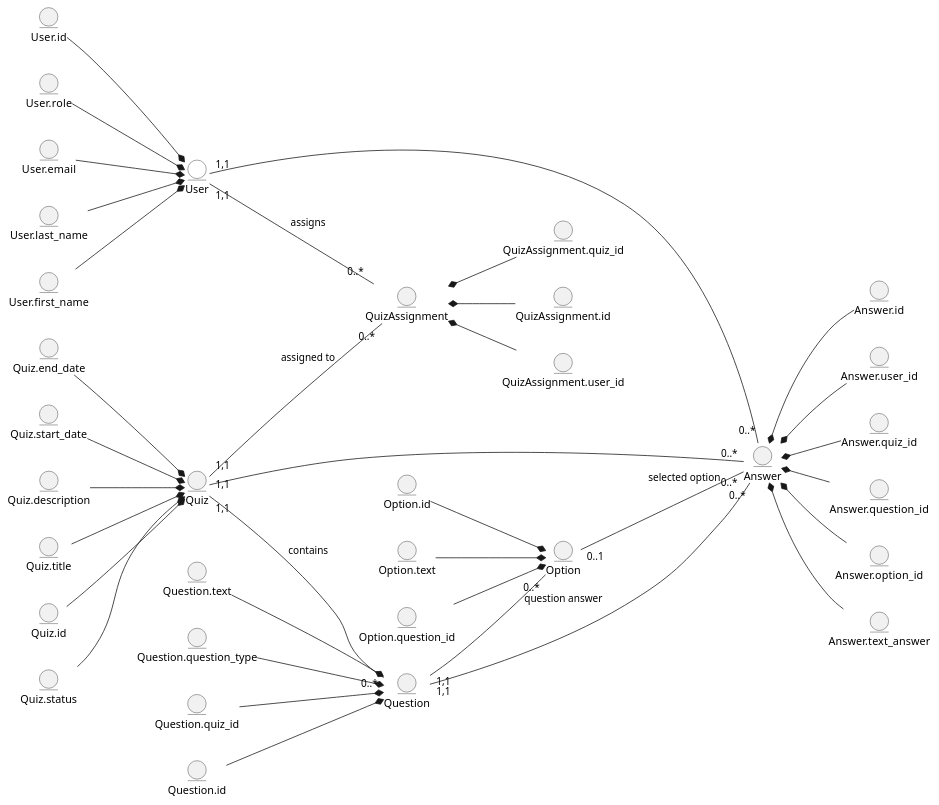
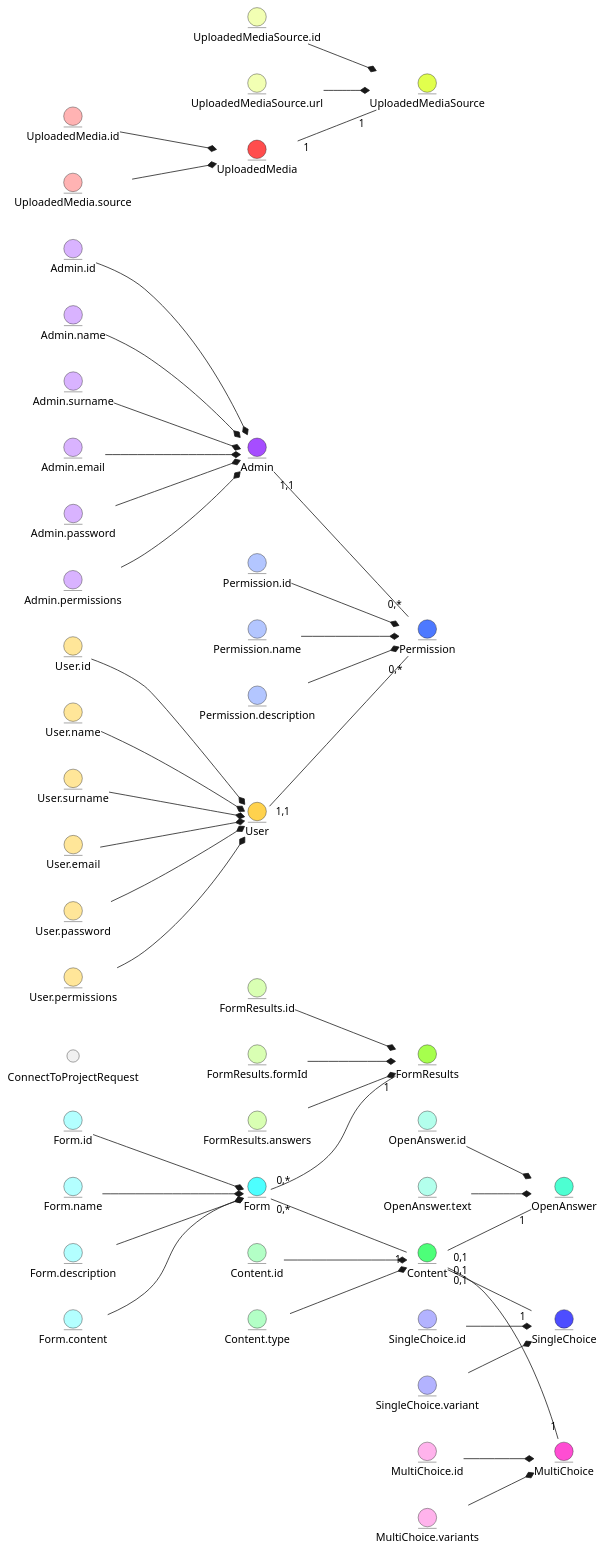
The first of 2 diagrams in docs/design/README.md (elidorbeth/edu_db_labs), drawn with PlantUML before and after one commit.

```diff
--- a/docs/design/README.md
+++ b/docs/design/README.md
@@ -5,90 +5,116 @@
 @startuml
+left to right direction
 
-' --- Сутності ---
-entity User #ffffff
-entity User.id
-entity User.first_name
-entity User.last_name
-entity User.email
-entity User.role
+entity User #ffd24d
+entity User.id #ffe699
+entity User.name #ffe699
+entity User.surname #ffe699
+entity User.email #ffe699
+entity User.password #ffe699
+entity User.permissions #ffe699
 
-entity Quiz
-entity Quiz.id
-entity Quiz.title
-entity Quiz.description
-entity Quiz.start_date
-entity Quiz.end_date
-entity Quiz.status
+User.id -d-* User
+User.name -d-* User
+User.surname -d-* User
+User.email -d-* User
+User.password -d-* User
+User.permissions --* User
 
-entity QuizAssignment
-entity QuizAssignment.id
-entity QuizAssignment.user_id
-entity QuizAssignment.quiz_id
+entity Admin #a64dff
+entity Admin.id #d9b3ff
+entity Admin.name #d9b3ff
+entity Admin.surname #d9b3ff
+entity Admin.email #d9b3ff
+entity Admin.password #d9b3ff
+entity Admin.permissions #d9b3ff
 
-entity Question
-entity Question.id
-entity Question.quiz_id
-entity Question.text
-entity Question.question_type
+Admin.id -d-* Admin
+Admin.name -d-* Admin
+Admin.surname -d-* Admin
+Admin.email -d-* Admin
+Admin.password -d-* Admin
+Admin.permissions --* Admin
 
-entity Option
-entity Option.id
-entity Option.question_id
-entity Option.text
+entity Permission #4d79ff
+entity Permission.id #b3c6ff
+entity Permission.name #b3c6ff
+entity Permission.description #b3c6ff
 
-entity Answer
-entity Answer.id
-entity Answer.user_id
-entity Answer.quiz_id
-entity Answer.question_id
-entity Answer.option_id
-entity Answer.text_answer
+Permission.id --* Permission
+Permission.name --* Permission
+Permission.description --* Permission
+entity Form #4dffff
+entity Form.id #b3ffff
+entity Form.name #b3ffff
+entity Form.description #b3ffff
+entity Form.content #b3ffff
 
-' --- Композиція атрибутів до сутностей ---
-left to right direction
-User *-u- User.id
-User *-u- User.first_name
-User *-u- User.last_name
-User *-u- User.email
-User *-u- User.role
+Form.id -d-* Form
+Form.name -d-* Form
+Form.description -d-* Form
+Form.content --* Form
 
-Quiz *-u- Quiz.id
-Quiz *-u- Quiz.title
-Quiz *-u- Quiz.description
-Quiz *-u- Quiz.start_date
-Quiz *-u- Quiz.end_date
-Quiz *-u- Quiz.status
+entity FormResults #a6ff4d
+entity FormResults.id #d9ffb3
+entity FormResults.formId #d9ffb3
+entity FormResults.answers #d9ffb3
 
-QuizAssignment *-- QuizAssignment.id
-QuizAssignment *-- QuizAssignment.user_id
-QuizAssignment *-- QuizAssignment.quiz_id
+FormResults.id -d-* FormResults
+FormResults.formId -d-* FormResults
+FormResults.answers --* FormResults
 
-Question *-u- Question.id
-Question *-u- Question.quiz_id
-Question *-u- Question.text
-Question *-u- Question.question_type
+entity Content #4dff79
+entity Content.id #b3ffc6
+entity Content.type #b3ffc6
 
-Option *-u- Option.id
-Option *-u- Option.question_id
-Option *-u- Option.text
+Content.id -d-* Content
+Content.type --* Content
 
-Answer *-- Answer.id
-Answer *-- Answer.user_id
-Answer *-- Answer.quiz_id
-Answer *-- Answer.question_id
-Answer *-- Answer.option_id
-Answer *-- Answer.text_answer
+entity OpenAnswer #4dffd2
+entity OpenAnswer.id #b3ffec
+entity OpenAnswer.text #b3ffec
 
-' --- Зв'язки між основними сутностями з мультиплікацією ---
-User "1,1" -- "0..*" QuizAssignment : assigns
-Quiz "1,1" -- "0..*" QuizAssignment : assigned to
+OpenAnswer.id --* OpenAnswer
+OpenAnswer.text --* OpenAnswer
 
-Quiz "1,1" -- "0..*" Question : contains
-Question "1,1" -- "0..*" Option
+entity SingleChoice #4d4dff
+entity SingleChoice.id #b3b3ff
+entity SingleChoice.variant #b3b3ff
 
-User "1,1" -- "0..*" Answer
-Quiz "1,1" -- "0..*" Answer
-Question "1,1" -- "0..*" Answer : question answer
-Option "0..1" -- "0..*" Answer : selected option
+SingleChoice.id --* SingleChoice
+SingleChoice.variant --* SingleChoice
 
+entity MultiChoice #ff4dd3
+entity MultiChoice.id #ffb3ec
+entity MultiChoice.variants #ffb3ec
+
+MultiChoice.id --* MultiChoice
+MultiChoice.variants --* MultiChoice
+
+entity UploadedMedia #ff4d4d
+entity UploadedMedia.id #ffb3b3
+entity UploadedMedia.source #ffb3b3
+
+UploadedMedia.id -d-* UploadedMedia
+UploadedMedia.source --* UploadedMedia
+
+entity UploadedMediaSource #e1ff4d
+entity UploadedMediaSource.id #f2ffb3
+entity UploadedMediaSource.url #f2ffb3
+
+UploadedMediaSource.id --* UploadedMediaSource
+UploadedMediaSource.url --* UploadedMediaSource
+
+User "1,1" -- "0,*" Permission
+Admin "1,1" -- "0,*" Permission
+
+Form "0,*" -- "1" FormResults
+Form "0,*" -- "1" Content
+Content "0,1" -- "1" OpenAnswer
+Content "0,1" -- "1" SingleChoice
+Content "0,1" -- "1" MultiChoice
+UploadedMedia "1" -- "1" UploadedMediaSource
+
+ConnectToProjectRequest -[hidden]- Form
+ConnectToProjectRequest -[hidden]- User
 @enduml
```
